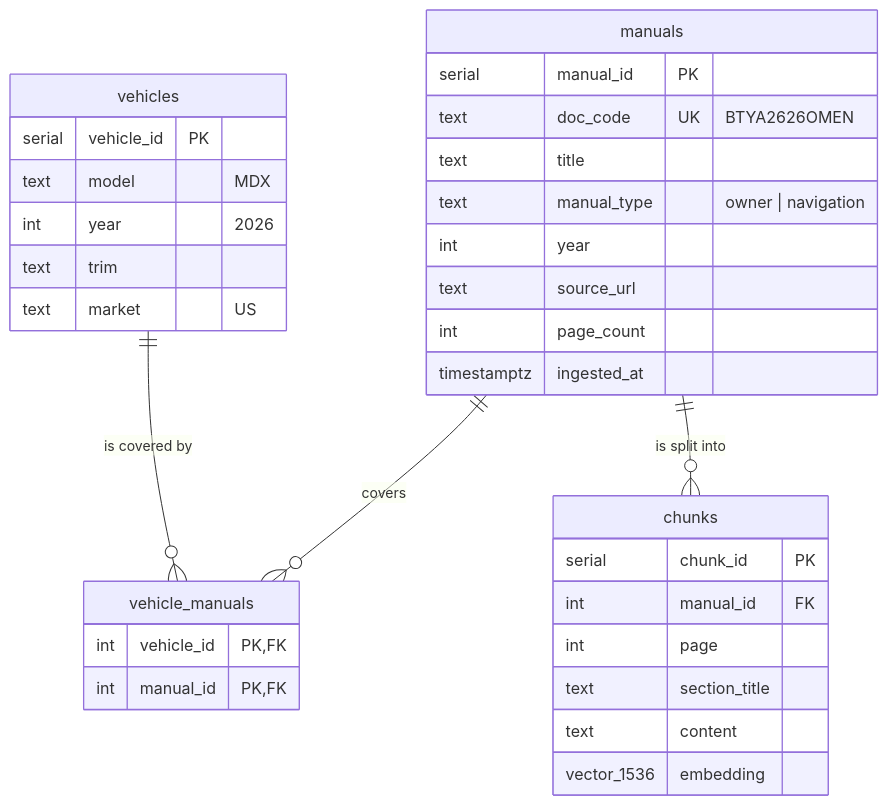
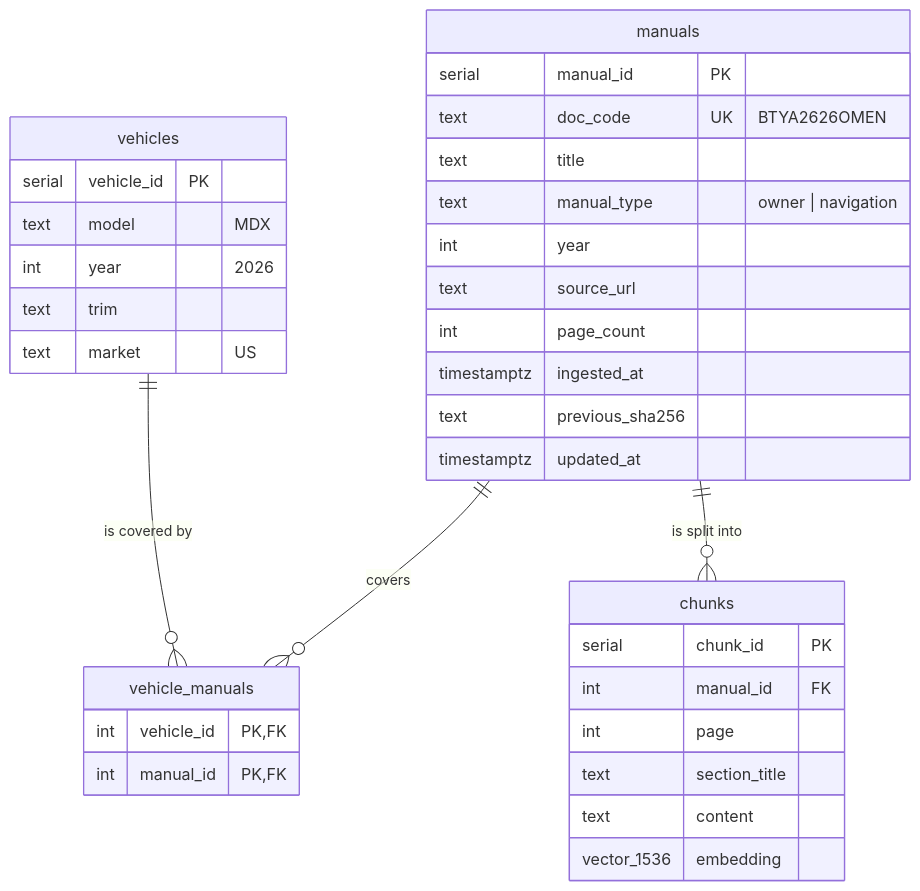
The fourth of 9 diagrams in README.md (vascojm82/ai-eng-capstone-project), drawn with Mermaid before and after one commit. The commit also changed other lines of this file and 20 other files, not shown here.

````diff
--- a/README.md
+++ b/README.md
@@ -185,36 +250,38 @@
 ```mermaid
 erDiagram
     vehicles ||--o{ vehicle_manuals : "is covered by"
     manuals  ||--o{ vehicle_manuals : "covers"
     manuals  ||--o{ chunks : "is split into"
 
     vehicles {
         serial vehicle_id PK
         text model "MDX"
         int year "2026"
         text trim
         text market "US"
     }
     vehicle_manuals {
         int vehicle_id PK, FK
         int manual_id PK, FK
     }
     manuals {
         serial manual_id PK
         text doc_code UK "BTYA2626OMEN"
         text title
         text manual_type "owner | navigation"
         int year
         text source_url
         int page_count
         timestamptz ingested_at
+        text previous_sha256
+        timestamptz updated_at
     }
     chunks {
         serial chunk_id PK
         int manual_id FK
         int page
         text section_title
         text content
         vector_1536 embedding
     }
 ```
````
